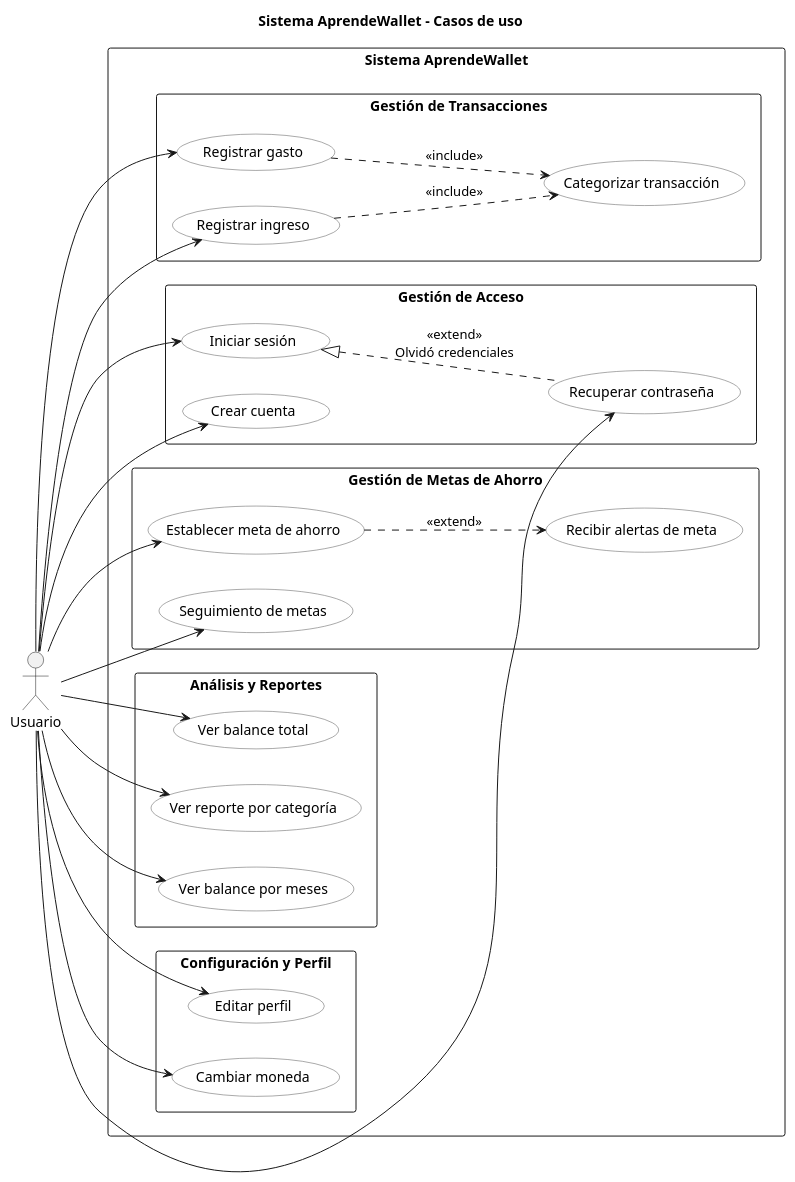
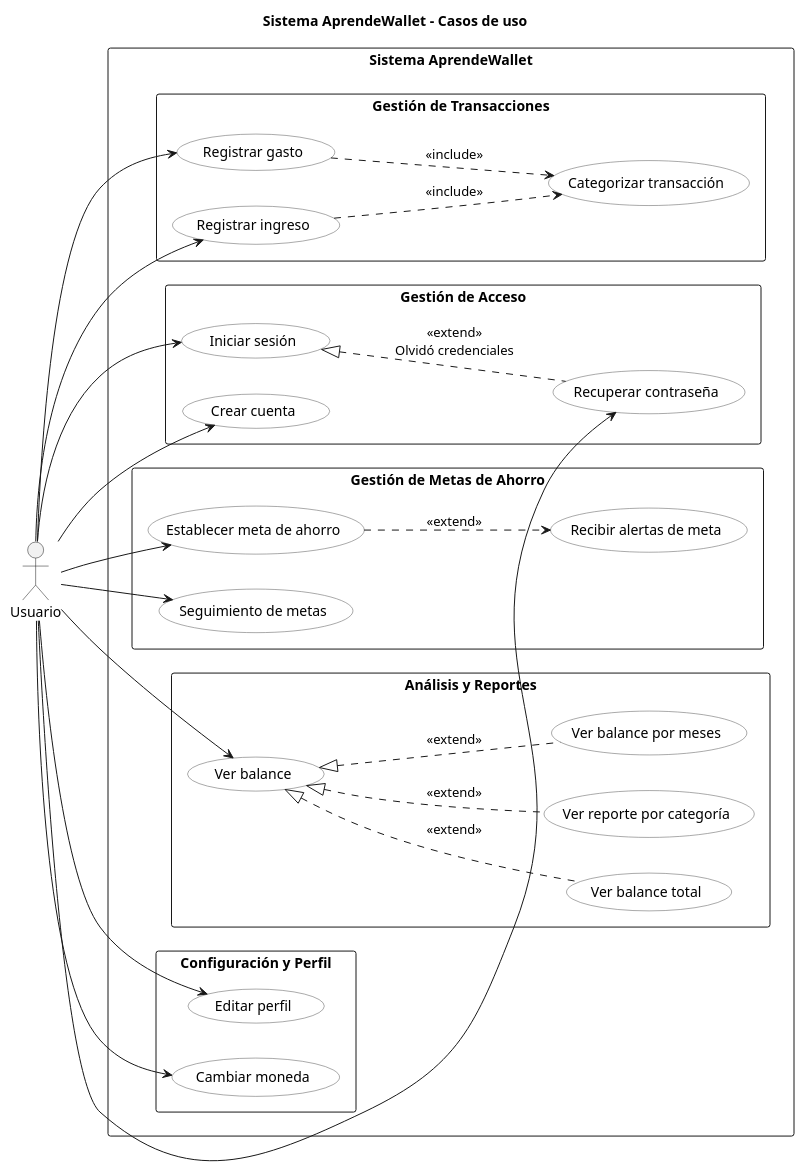
The diagram in docs/CasoDeUso.puml (Raijam13/Proyecto_progra_movil), drawn with PlantUML before and after one commit. The commit also changed 3 other files, not shown here.

Commit message:
Modificación Diagrama de casos de uso

```diff
--- a/docs/CasoDeUso.puml
+++ b/docs/CasoDeUso.puml
@@ -1,65 +1,68 @@
 @startuml
 title Sistema AprendeWallet - Casos de uso
 left to right direction
 skinparam packageStyle rectangle
 skinparam usecase {
   BackgroundColor White
   BorderColor #555
 }
 actor "Usuario" as U
 
 rectangle "Sistema AprendeWallet" {
 
     package "Gestión de Acceso" {
         (Crear cuenta) as UC1
         (Iniciar sesión) as UC2
         (Recuperar contraseña) as UC3
     }
 
     package "Gestión de Transacciones" {
         (Registrar gasto) as UC4a
         (Registrar ingreso) as UC4b
         (Categorizar transacción) as UC4c
     }
 
     package "Gestión de Metas de Ahorro" {
         (Establecer meta de ahorro) as UC5a
         (Seguimiento de metas) as UC5b
         (Recibir alertas de meta) as UC5c
     }
 
     package "Análisis y Reportes" {
+        (Ver balance) as UC6
         (Ver balance total) as UC6a
         (Ver reporte por categoría) as UC6b
         (Ver balance por meses) as UC6c
     }
 
     package "Configuración y Perfil" {
         (Editar perfil) as UC7a
         (Cambiar moneda) as UC7b
     }
 
     ' Relaciones entre casos de uso
     UC3 .u.|> UC2 : <<extend>>\nOlvidó credenciales
     
     UC4a ..> UC4c : <<include>>
     UC4b ..> UC4c : <<include>>
     
     UC5a ..> UC5c : <<extend>>
+    
+    UC6a .u.|> UC6 : <<extend>>
+    UC6b .u.|> UC6 : <<extend>>
+    UC6c .u.|> UC6 : <<extend>>
 }
 
 ' Asociaciones actor-UC
 U --> UC1
 U --> UC2
 U --> UC3
 U --> UC4a
 U --> UC4b
 U --> UC5a
 U --> UC5b
-U --> UC6a
-U --> UC6b
-U --> UC6c
+U --> UC6
 U --> UC7a
 U --> UC7b
 
 @enduml
```
